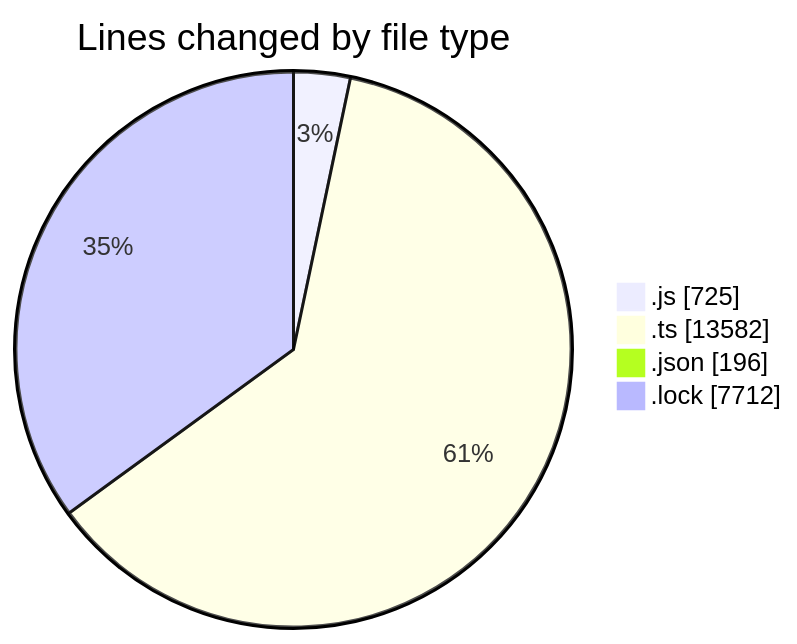
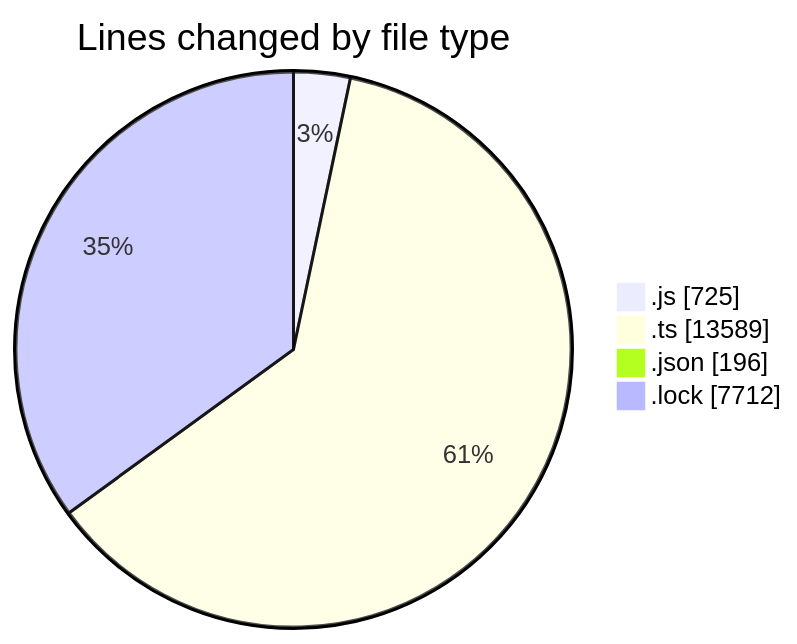
One commit to momahboobian/code-tracking changed the first of 2 diagrams in 2025-05-29/cda/README.md. Above: the diagram before and after it, drawn with Mermaid. The commit also changed other lines of this file and 1 other file, not shown here.

````diff
--- a/2025-05-29/cda/README.md
+++ b/2025-05-29/cda/README.md
@@ -36,8 +36,8 @@
 ```mermaid
 pie showData
 title Lines changed by file type
 ".js" : 725
-".ts" : 13582
+".ts" : 13589
 ".json" : 196
 ".lock" : 7712
 ```
````
